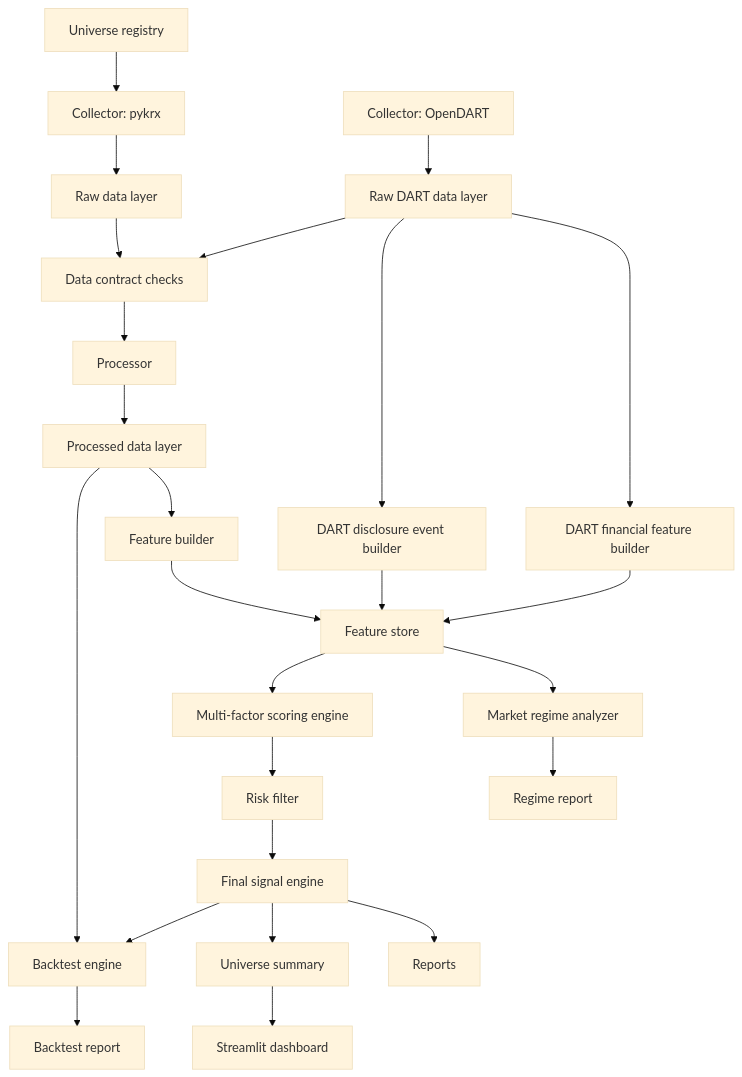
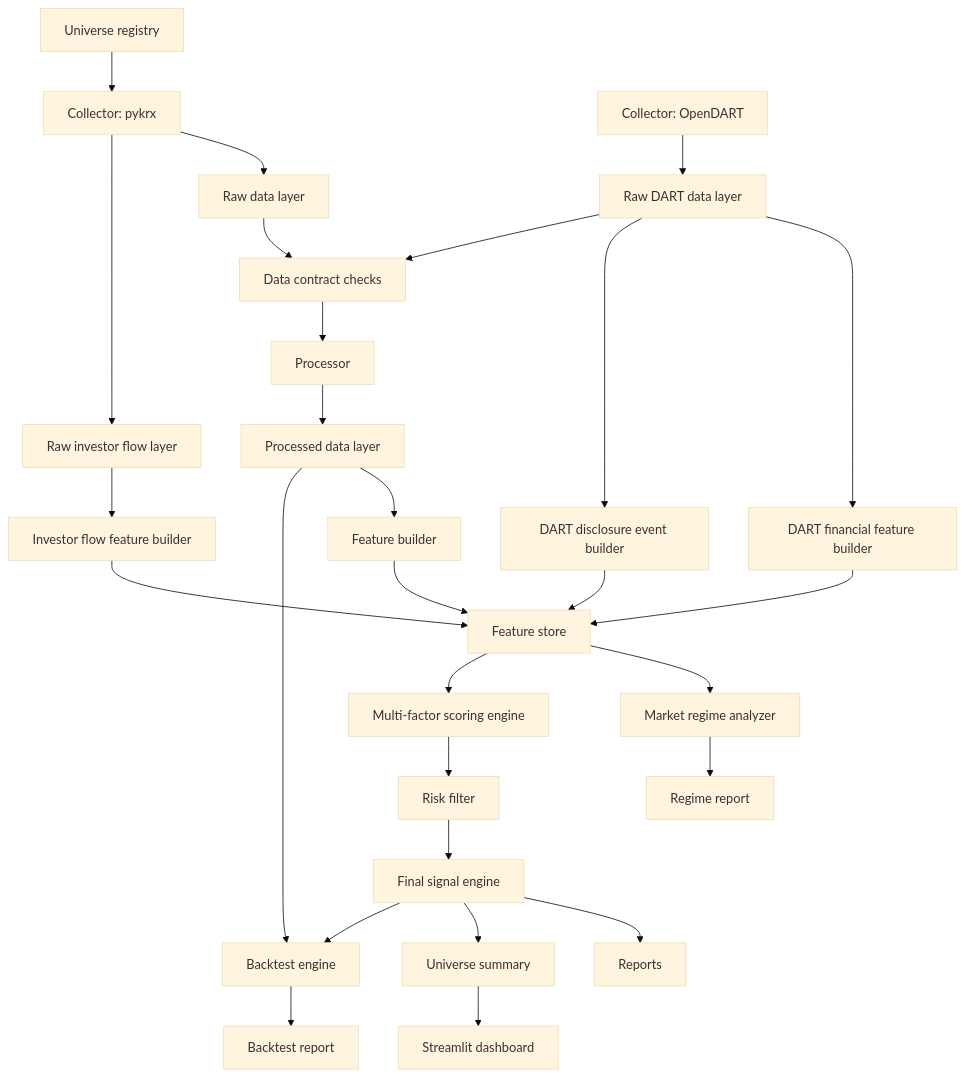
One commit to pkb0728-lgtm/krx-alpha-platform changed the diagram in docs/architecture.md. Above: the diagram before and after it, drawn with Mermaid (base theme). The commit also changed 31 other files, not shown here.

Commit message:
Add investor flow scoring

````diff
--- a/docs/architecture.md
+++ b/docs/architecture.md
@@ -11,27 +11,30 @@
 ```mermaid
 flowchart TD
     U["Universe registry"] --> A
     A["Collector: pykrx"] --> B["Raw data layer"]
+    A --> W["Raw investor flow layer"]
     X["Collector: OpenDART"] --> Y["Raw DART data layer"]
     Y --> Z["DART financial feature builder"]
     Y --> V["DART disclosure event builder"]
     Z --> G
     V --> G
+    W --> S["Investor flow feature builder"]
+    S --> G
     B --> C["Data contract checks"]
     Y --> C
     C --> D["Processor"]
     D --> E["Processed data layer"]
     E --> F["Feature builder"]
     F --> G["Feature store"]
     G --> R["Market regime analyzer"]
     G --> H["Multi-factor scoring engine"]
     H --> I["Risk filter"]
     I --> J["Final signal engine"]
     J --> K["Reports"]
     J --> L["Universe summary"]
     L --> M["Streamlit dashboard"]
     J --> N["Backtest engine"]
     E --> N
     N --> O["Backtest report"]
     R --> P["Regime report"]
 ```
````
